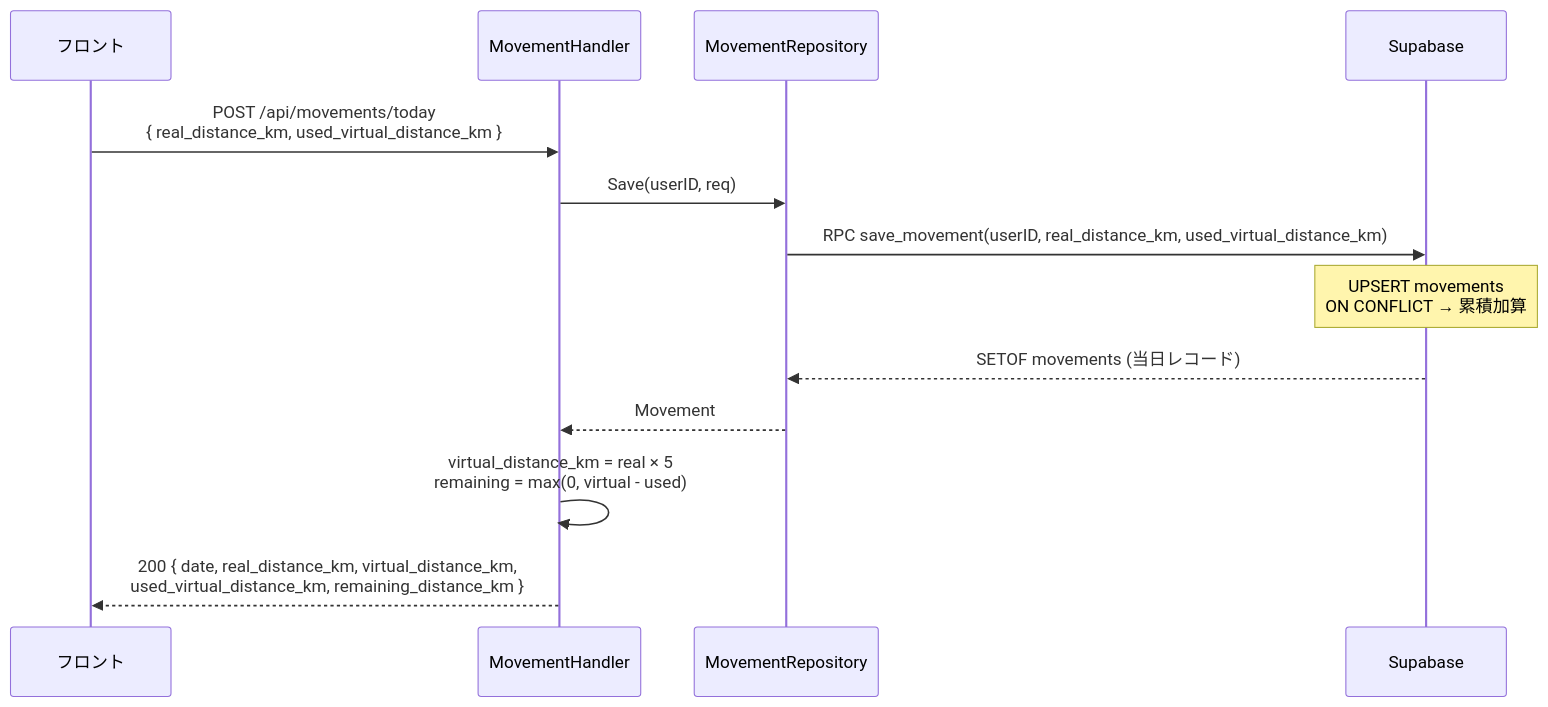
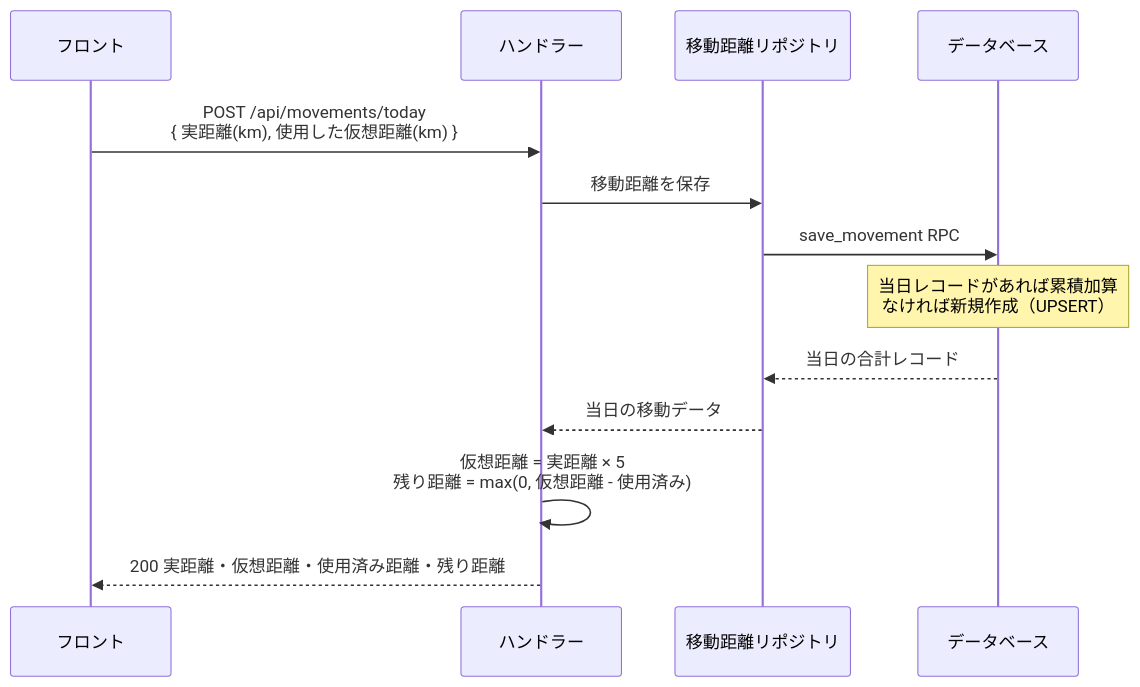
The fourth of 6 diagrams in docs/sequence.md (y08416/sukima-trip-backend), drawn with Mermaid before and after one commit. The commit also changed other lines of this file, not shown here.

Commit message:
docs: シーケンス図を日本語表記に統一して見やすくする

````diff
--- a/docs/sequence.md
+++ b/docs/sequence.md
@@ -80,16 +86,19 @@
 ```mermaid
 sequenceDiagram
-    participant F as フロント
-    participant H as MovementHandler
-    participant R as MovementRepository
-    participant DB as Supabase
+    participant フロント
+    participant ハンドラー
+    participant 移動距離リポジトリ
+    participant DB as データベース
 
-    F->>H: POST /api/movements/today<br/>{ real_distance_km, used_virtual_distance_km }
-    H->>R: Save(userID, req)
-    R->>DB: RPC save_movement(userID, real_distance_km, used_virtual_distance_km)
-    Note over DB: UPSERT movements<br/>ON CONFLICT → 累積加算
-    DB-->>R: SETOF movements (当日レコード)
-    R-->>H: Movement
-    H->>H: virtual_distance_km = real × 5<br/>remaining = max(0, virtual - used)
-    H-->>F: 200 { date, real_distance_km, virtual_distance_km,<br/>used_virtual_distance_km, remaining_distance_km }
+    フロント->>ハンドラー: POST /api/movements/today<br/>{ 実距離(km), 使用した仮想距離(km) }
+    ハンドラー->>移動距離リポジトリ: 移動距離を保存
+    移動距離リポジトリ->>DB: save_movement RPC
+
+    Note over DB: 当日レコードがあれば累積加算<br/>なければ新規作成（UPSERT）
+
+    DB-->>移動距離リポジトリ: 当日の合計レコード
+    移動距離リポジトリ-->>ハンドラー: 当日の移動データ
+
+    ハンドラー->>ハンドラー: 仮想距離 = 実距離 × 5<br/>残り距離 = max(0, 仮想距離 - 使用済み)
+    ハンドラー-->>フロント: 200 実距離・仮想距離・使用済み距離・残り距離
 ```
````
